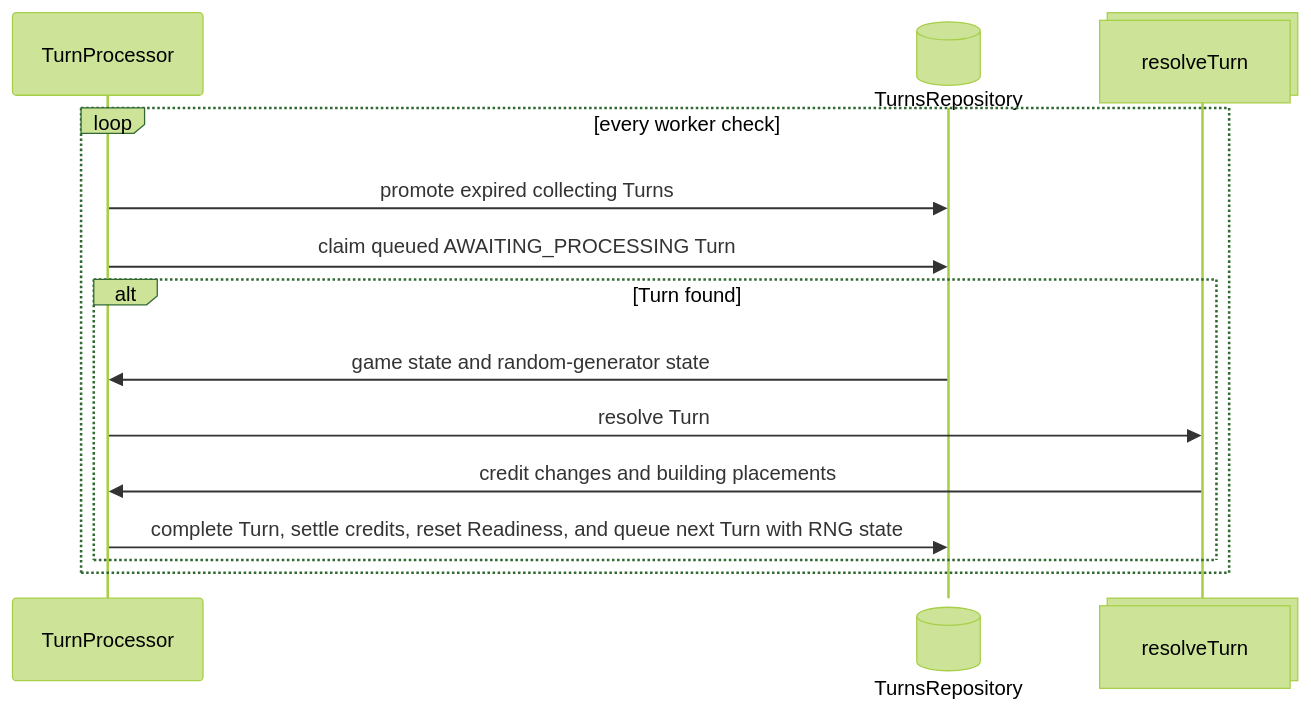
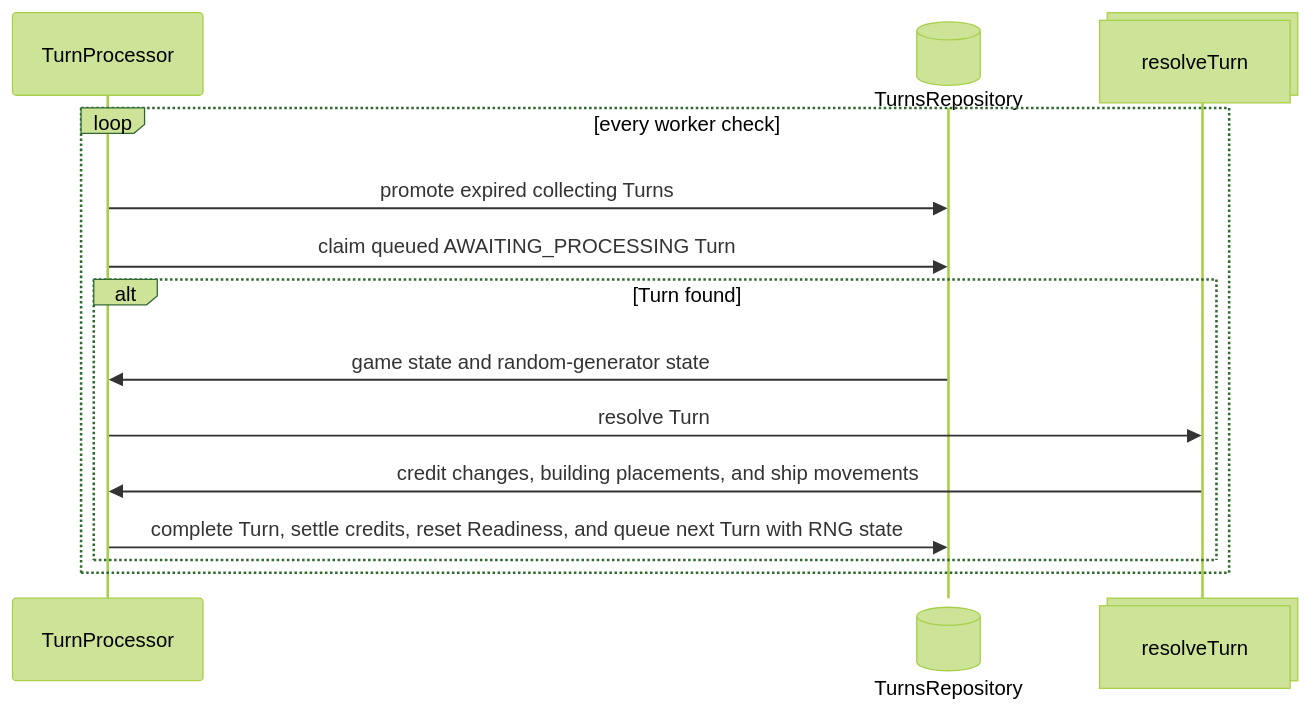
One commit to Guillaume-Docquier/text-based-browser-game-1 changed the diagram in packages/backend/src/turn-processing/ARCHITECTURE.md. Above: the diagram before and after it, drawn with Mermaid (forest theme). The commit also changed other lines of this file and 62 other files, not shown here.

````diff
--- a/packages/backend/src/turn-processing/ARCHITECTURE.md
+++ b/packages/backend/src/turn-processing/ARCHITECTURE.md
@@ -20,16 +20,16 @@
 ```mermaid
 sequenceDiagram
         participant P3 as TurnProcessor
         participant P1@{ "type": "database" } as TurnsRepository
         participant P2@{ "type": "collections" } as resolveTurn
         loop every worker check
           P3->>P1: promote expired collecting Turns
           P3->>P1: claim queued AWAITING_PROCESSING Turn
           alt Turn found
             P1->>P3: game state and random-generator state
             P3->>P2: resolve Turn
-            P2->>P3: credit changes and building placements
+            P2->>P3: credit changes, building placements, and ship movements
             P3->>P1: complete Turn, settle credits, reset Readiness, and queue next Turn with RNG state
           end
         end
 ```
````
